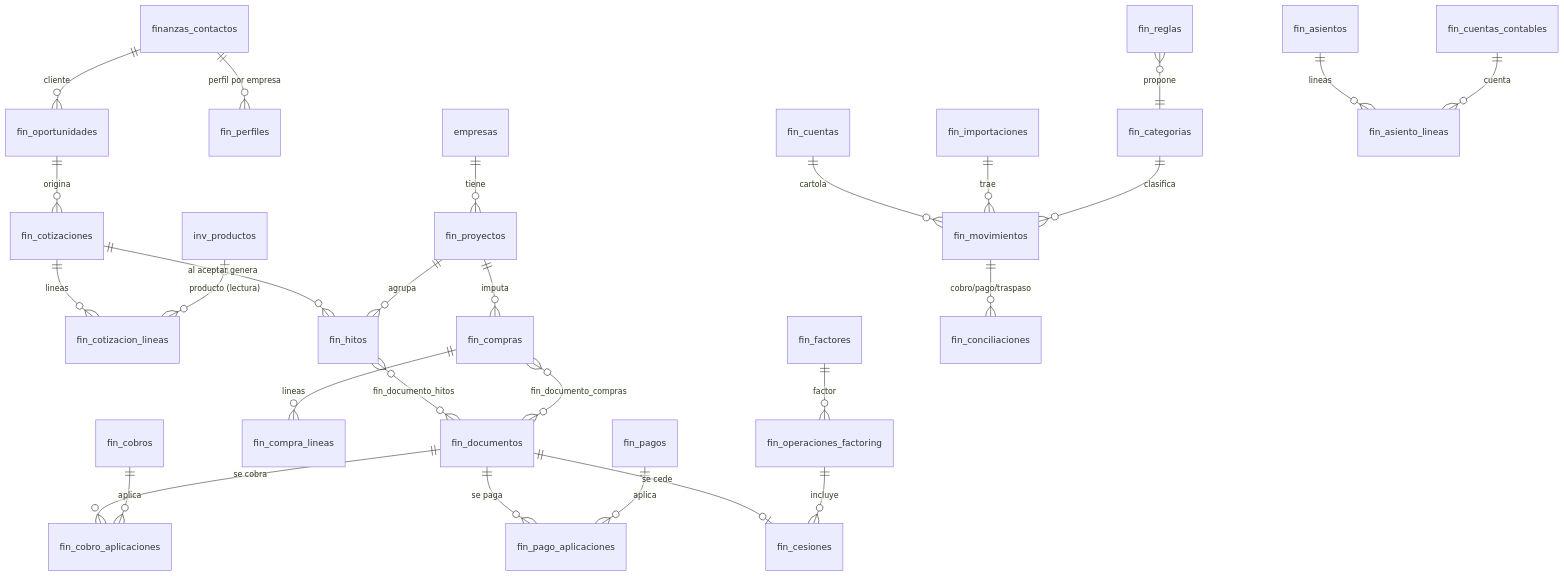
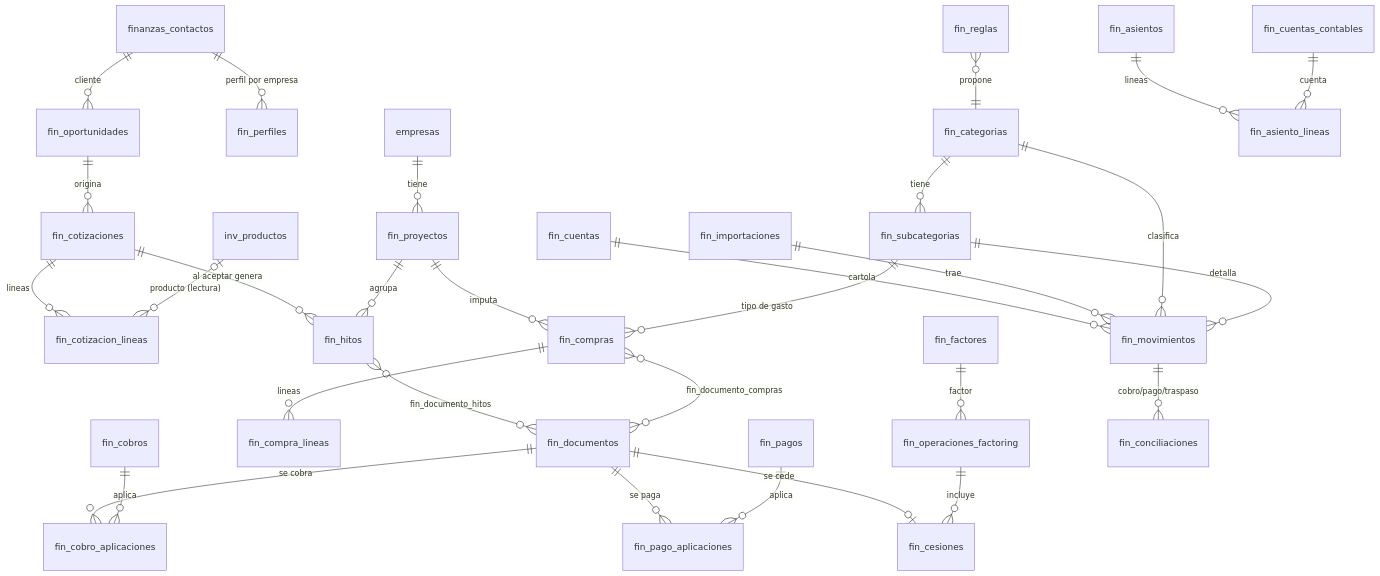
The diagram in docs/finanzas/MODELO_DATOS.md (PerformanceTechnologies/core-pertec), drawn with Mermaid before and after one commit. The commit also changed other lines of this file and 23 other files, not shown here.

````diff
--- a/docs/finanzas/MODELO_DATOS.md
+++ b/docs/finanzas/MODELO_DATOS.md
@@ -10,29 +10,32 @@
 ```mermaid
 erDiagram
   empresas ||--o{ fin_proyectos : tiene
   finanzas_contactos ||--o{ fin_perfiles : "perfil por empresa"
   finanzas_contactos ||--o{ fin_oportunidades : cliente
   fin_oportunidades ||--o{ fin_cotizaciones : origina
   fin_cotizaciones ||--o{ fin_cotizacion_lineas : lineas
   inv_productos |o--o{ fin_cotizacion_lineas : "producto (lectura)"
   fin_cotizaciones ||--o{ fin_hitos : "al aceptar genera"
   fin_proyectos ||--o{ fin_hitos : agrupa
   fin_proyectos ||--o{ fin_compras : imputa
   fin_hitos }o--o{ fin_documentos : "fin_documento_hitos"
   fin_compras ||--o{ fin_compra_lineas : lineas
   fin_compras }o--o{ fin_documentos : "fin_documento_compras"
   fin_documentos ||--o{ fin_cobro_aplicaciones : "se cobra"
   fin_cobros ||--o{ fin_cobro_aplicaciones : aplica
   fin_documentos ||--o{ fin_pago_aplicaciones : "se paga"
   fin_pagos ||--o{ fin_pago_aplicaciones : aplica
   fin_documentos ||--o| fin_cesiones : "se cede"
   fin_operaciones_factoring ||--o{ fin_cesiones : incluye
   fin_factores ||--o{ fin_operaciones_factoring : factor
   fin_cuentas ||--o{ fin_movimientos : cartola
   fin_importaciones ||--o{ fin_movimientos : trae
+  fin_categorias ||--o{ fin_subcategorias : tiene
   fin_categorias ||--o{ fin_movimientos : clasifica
+  fin_subcategorias ||--o{ fin_movimientos : detalla
+  fin_subcategorias ||--o{ fin_compras : "tipo de gasto"
   fin_reglas }o--|| fin_categorias : propone
   fin_movimientos ||--o{ fin_conciliaciones : "cobro/pago/traspaso"
   fin_asientos ||--o{ fin_asiento_lineas : lineas
   fin_cuentas_contables ||--o{ fin_asiento_lineas : cuenta
 ```
````
